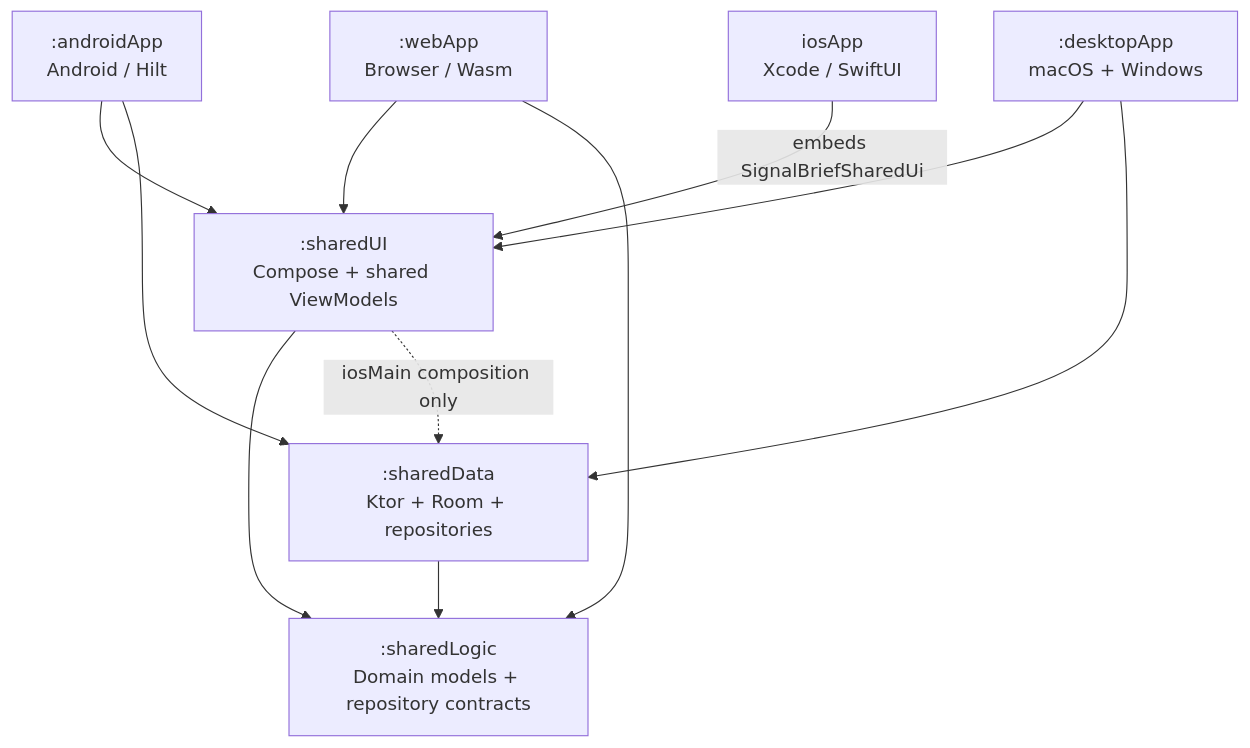
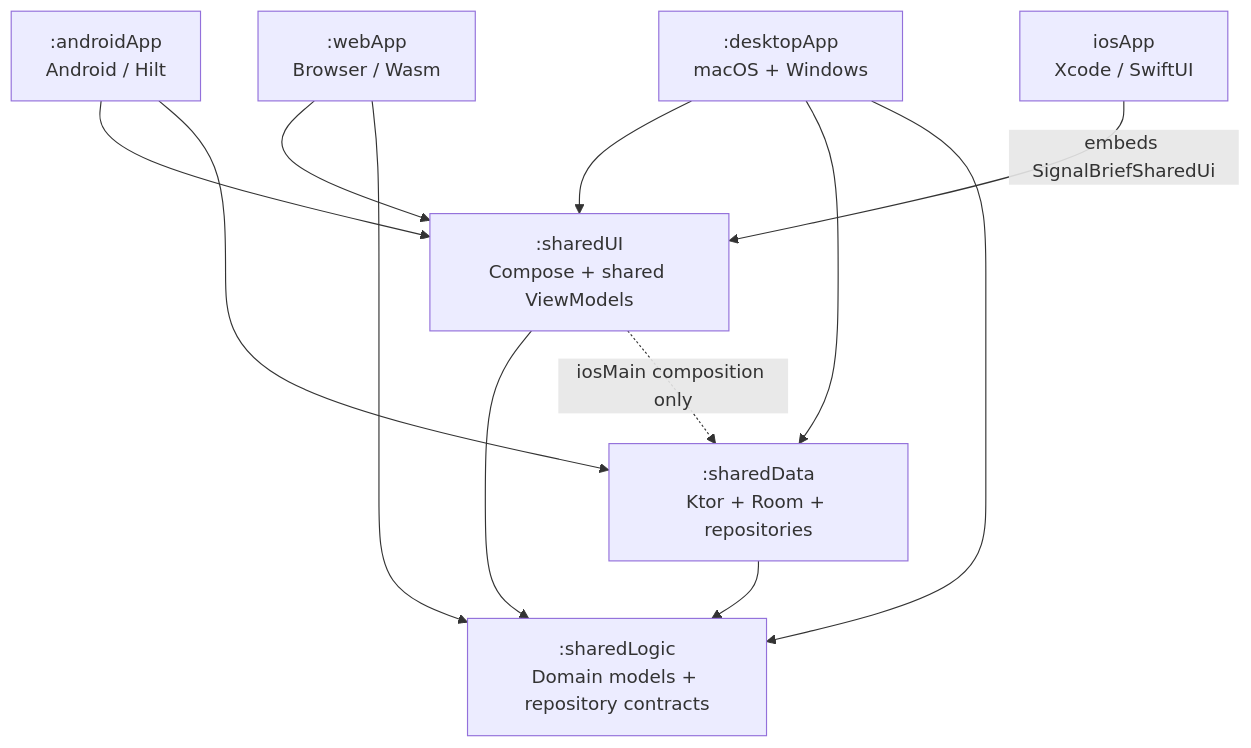
One commit to recipesforsoftware-pl/signalbrief changed the diagram in docs/ARCHITECTURE.md. Above: the diagram before and after it, drawn with Mermaid. The commit also changed other lines of this file, not shown here.

First line of the commit message:
docs: fix architecture module overview (#69)

````diff
--- a/docs/ARCHITECTURE.md
+++ b/docs/ARCHITECTURE.md
@@ -55,21 +56,22 @@
 ```mermaid
 flowchart TB
     androidApp[":androidApp<br/>Android / Hilt"]
     desktopApp[":desktopApp<br/>macOS + Windows"]
     iosApp["iosApp<br/>Xcode / SwiftUI"]
     webApp[":webApp<br/>Browser / Wasm"]
     sharedUI[":sharedUI<br/>Compose + shared ViewModels"]
     sharedData[":sharedData<br/>Ktor + Room + repositories"]
     sharedLogic[":sharedLogic<br/>Domain models + repository contracts"]
 
     androidApp --> sharedUI
     androidApp --> sharedData
     desktopApp --> sharedUI
     desktopApp --> sharedData
+    desktopApp --> sharedLogic
     iosApp -->|"embeds SignalBriefSharedUi"| sharedUI
     webApp --> sharedUI
     webApp --> sharedLogic
     sharedUI --> sharedLogic
     sharedData --> sharedLogic
     sharedUI -. "iosMain composition only" .-> sharedData
 ```
````
